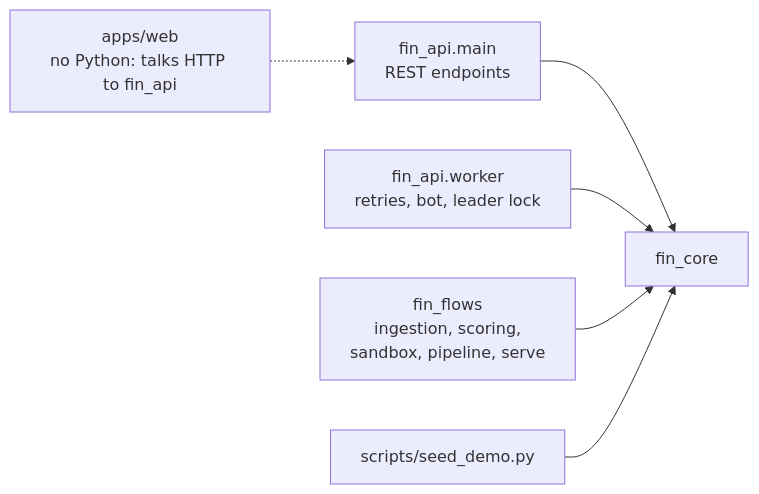
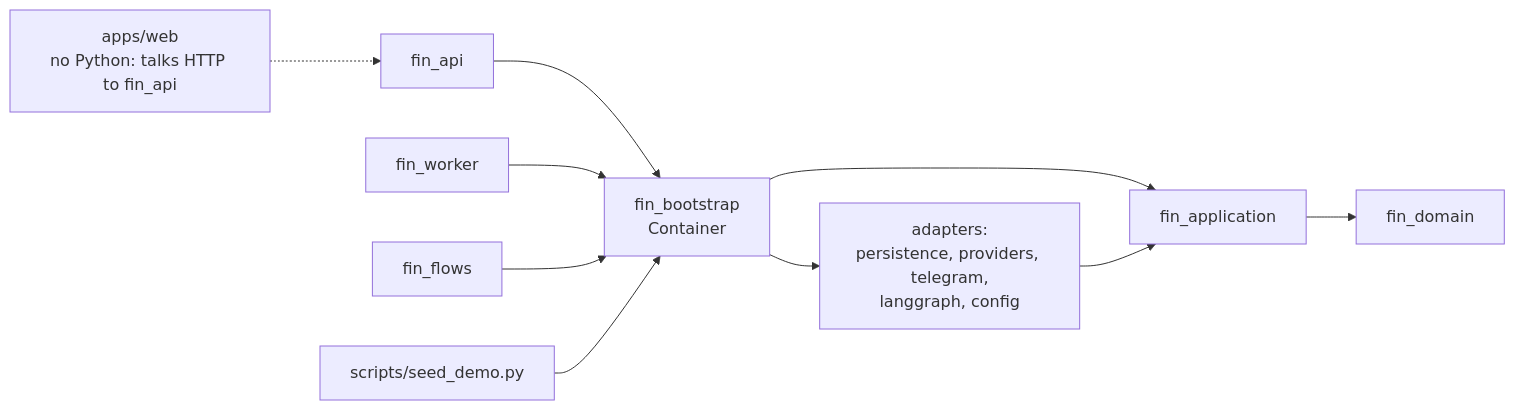
One commit to festei/fin_app changed the second of 2 diagrams in docs/architecture/02-repository-map.md. Above: the diagram before and after it, drawn with Mermaid. The commit also changed other lines of this file and 77 other files, not shown here.

````diff
--- a/docs/architecture/02-repository-map.md
+++ b/docs/architecture/02-repository-map.md
@@ -91,9 +43,12 @@
 ```mermaid
 flowchart LR
-  core["fin_core"]
-  api["fin_api.main<br/>REST endpoints"] --> core
-  wk["fin_api.worker<br/>retries, bot, leader lock"] --> core
-  fl["fin_flows<br/>ingestion, scoring,<br/>sandbox, pipeline, serve"] --> core
-  seed["scripts/seed_demo.py"] --> core
+  api["fin_api"] --> boot["fin_bootstrap<br/>Container"]
+  wk["fin_worker"] --> boot
+  fl["fin_flows"] --> boot
+  seed["scripts/seed_demo.py"] --> boot
+  boot --> ad["adapters:<br/>persistence, providers, telegram,<br/>langgraph, config"]
+  boot --> app["fin_application"]
+  ad --> app
+  app --> dom["fin_domain"]
   web["apps/web<br/>no Python: talks HTTP to fin_api"] -.-> api
 ```
````
